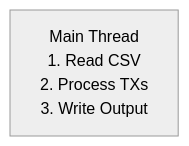
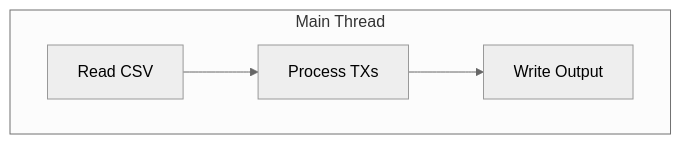
The first of 4 diagrams in README.md (stat/rs-accountant), drawn with Mermaid (neutral theme) before and after one commit. The commit also changed other lines of this file, not shown here.

````diff
--- a/README.md
+++ b/README.md
@@ -104,4 +137,9 @@
 ```mermaid
 graph TD;
-    A[Main Thread <br/> 1. Read CSV <br/> 2. Process TXs <br/> 3. Write Output];
+    subgraph "Main Thread"
+        A["Read CSV"]
+        B["Process TXs"]
+        C["Write Output"]
+        A --> B --> C
+    end
 ```
````
